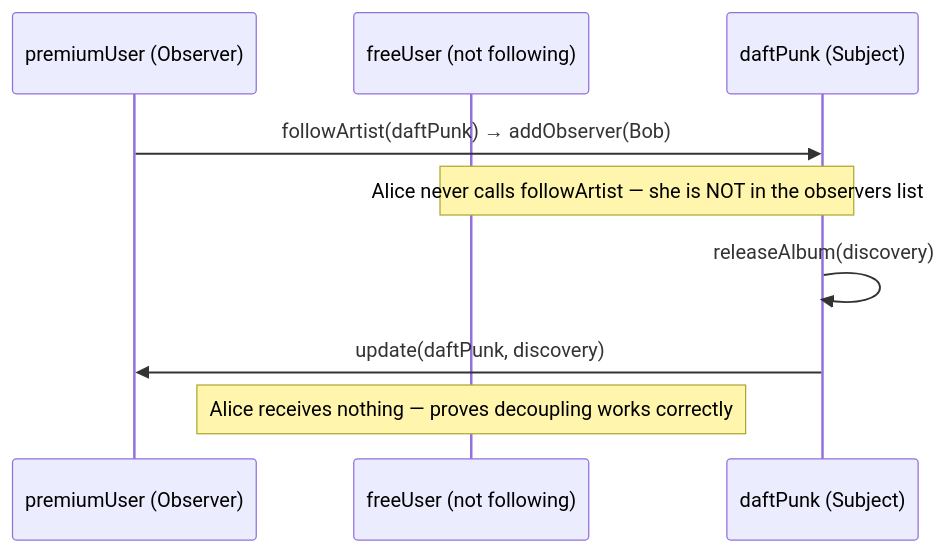
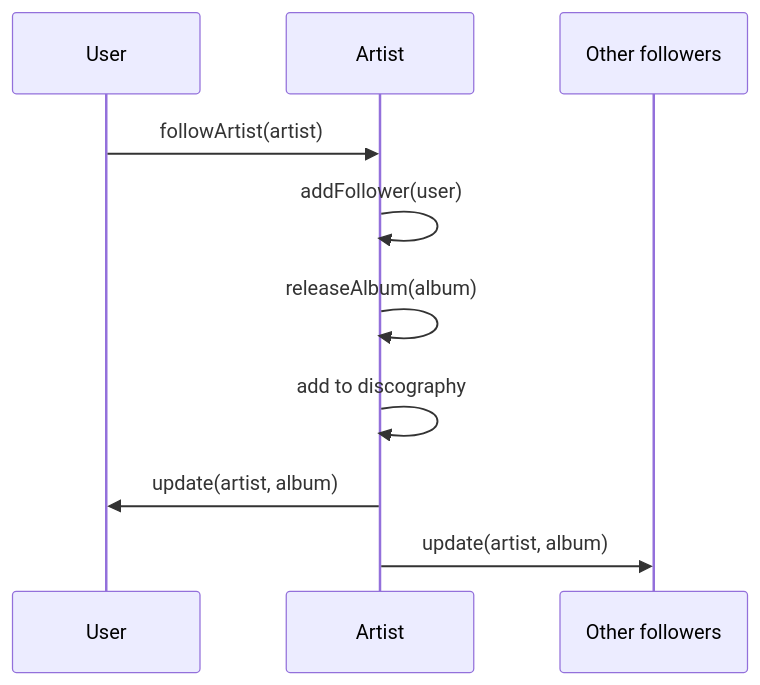
One commit to bhargavtenali/awesome-low-level-design changed the sixth of 7 diagrams in solutions/java/src/musicstreamingservice/music-streaming-system-lld-interview.md. Above: the diagram before and after it, drawn with Mermaid. The commit also changed other lines of this file and 15 other files, not shown here.

````diff
--- a/solutions/java/src/musicstreamingservice/music-streaming-system-lld-interview.md
+++ b/solutions/java/src/musicstreamingservice/music-streaming-system-lld-interview.md
@@ -305,12 +231,12 @@
 ```mermaid
 sequenceDiagram
-    participant Bob as premiumUser (Observer)
-    participant Alice as freeUser (not following)
-    participant DP as daftPunk (Subject)
-
-    Bob->>DP: followArtist(daftPunk) → addObserver(Bob)
-    Note over Alice,DP: Alice never calls followArtist — she is NOT in the observers list
-    DP->>DP: releaseAlbum(discovery)
-    DP->>Bob: update(daftPunk, discovery)
-    Note over Alice: Alice receives nothing — proves decoupling works correctly
+    participant U as User
+    participant A as Artist
+    participant O as Other followers
+    U->>A: followArtist(artist)
+    A->>A: addFollower(user)
+    A->>A: releaseAlbum(album)
+    A->>A: add to discography
+    A->>U: update(artist, album)
+    A->>O: update(artist, album)
 ```
````
